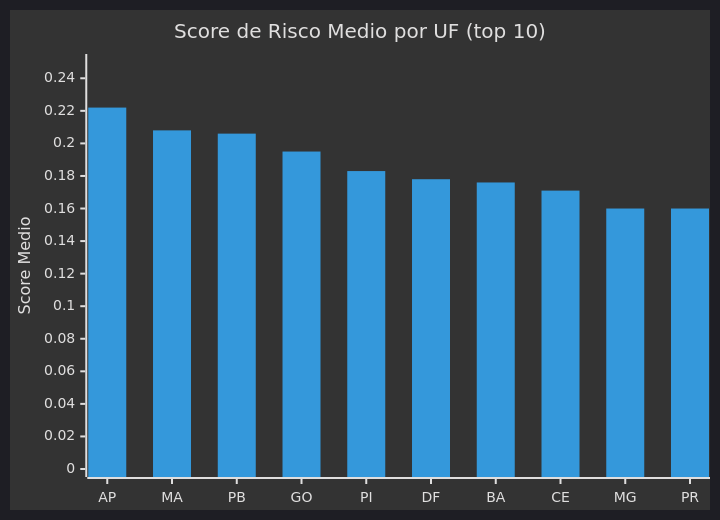
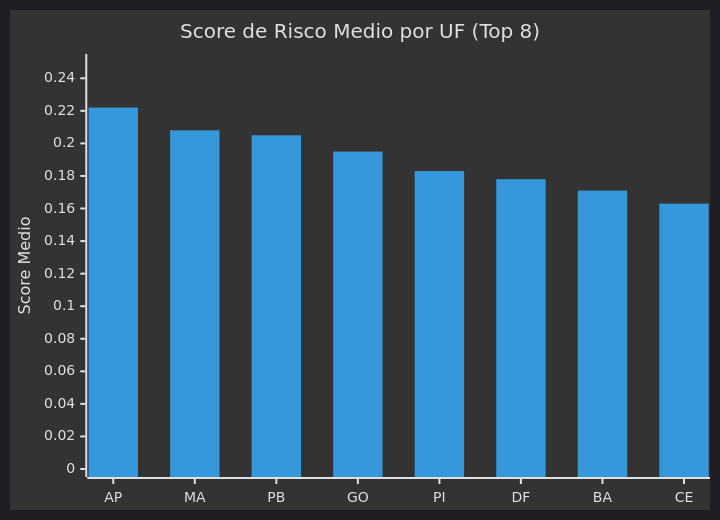
One commit to EduardoEurico/CORG changed the third of 8 diagrams in README.md. Above: the diagram before and after it, drawn with Mermaid. The commit also changed other lines of this file and 1 other file, not shown here.

Commit message:
docs: otimiza graficos de barra no README, exibe todos os 27 estados e tabelas completas de Top 10

````diff
--- a/README.md
+++ b/README.md
@@ -160,8 +199,8 @@
 ```mermaid
 %%{init: {'theme': 'dark'}}%%
 xychart-beta
-    title "Score de Risco Medio por UF (top 10)"
-    x-axis ["AP", "MA", "PB", "GO", "PI", "DF", "BA", "CE", "MG", "PR"]
+    title "Score de Risco Medio por UF (Top 8)"
+    x-axis ["AP", "MA", "PB", "GO", "PI", "DF", "BA", "CE"]
     y-axis "Score Medio" 0 --> 0.25
-    bar [0.222, 0.208, 0.206, 0.195, 0.183, 0.178, 0.176, 0.171, 0.160, 0.160]
+    bar [0.222, 0.208, 0.205, 0.195, 0.183, 0.178, 0.171, 0.163]
 ```
````
